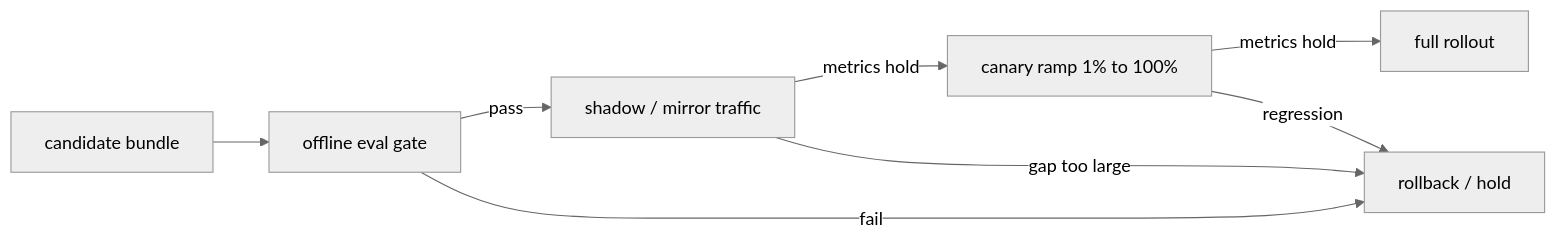
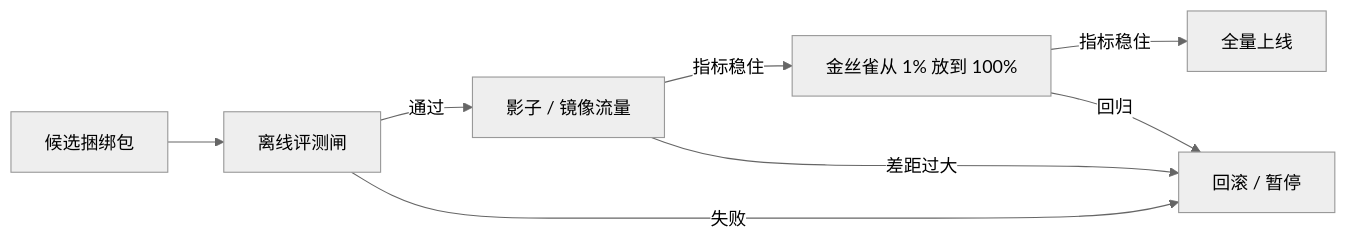
The second of 2 diagrams in zh/practice/09-deployment-lifecycle.qmd (latere-ai/ai-as-an-infrastructure), drawn with Mermaid (neutral theme) before and after one commit. The commit also changed other lines of this file and 273 other files, not shown here.

Commit message:
docs: localize Chinese diagrams

````diff
--- a/zh/practice/09-deployment-lifecycle.qmd
+++ b/zh/practice/09-deployment-lifecycle.qmd
@@ -41,12 +41,12 @@
 ```{mermaid}
 %%| label: fig-deploy-pipeline
 %%| fig-cap: "把提升看作逐级扩大的暴露面。每一阶段抓住上一阶段抓不住的东西：离线闸抓住已知回归，影子流量以零用户风险抓住评测到生产的分布差距，金丝雀放量在全量铺开前在小爆炸半径上抓住线上失败。任一阶段的指标不达标都会折回到回滚。"
 flowchart LR
-  C["candidate bundle"] --> O["offline eval gate"]
-  O -->|pass| SH["shadow / mirror traffic"]
-  SH -->|metrics hold| CA["canary ramp 1% to 100%"]
-  CA -->|metrics hold| F["full rollout"]
-  O -->|fail| RB["rollback / hold"]
-  SH -->|gap too large| RB
-  CA -->|regression| RB
+  C["候选捆绑包"] --> O["离线评测闸"]
+  O -->|通过| SH["影子 / 镜像流量"]
+  SH -->|指标稳住| CA["金丝雀从 1% 放到 100%"]
+  CA -->|指标稳住| F["全量上线"]
+  O -->|失败| RB["回滚 / 暂停"]
+  SH -->|差距过大| RB
+  CA -->|回归| RB
 ```
````
